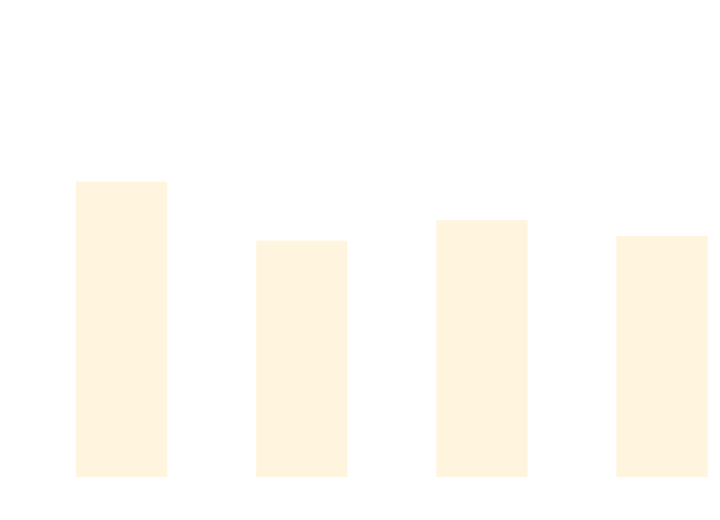
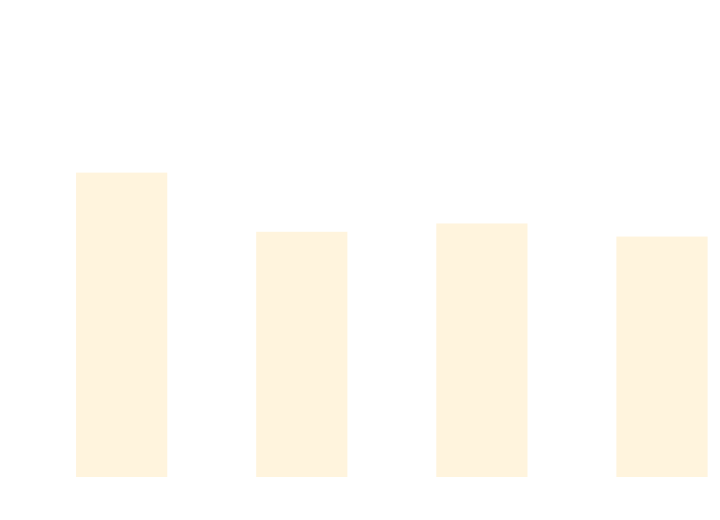
The diagram in docs/docs/benchmarks/BuildTime.md (thomhurst/TUnit), drawn with Mermaid before and after one commit. The commit also changed other lines of this file and 17 other files, not shown here.

````diff
--- a/docs/docs/benchmarks/BuildTime.md
+++ b/docs/docs/benchmarks/BuildTime.md
@@ -28,37 +28,37 @@
 ```mermaid
 %%{init: {
   'theme':'base',
   'themeVariables': {
     'primaryColor': '#2563eb',
     'primaryTextColor': '#ffffff',
     'primaryBorderColor': '#1e40af',
     'lineColor': '#6b7280',
     'secondaryColor': '#7c3aed',
     'tertiaryColor': '#dc2626',
     'background': '#ffffff',
     'mainBkg': '#2563eb',
     'secondBkg': '#7c3aed',
     'tertiaryBkg': '#dc2626',
     'clusterBkg': '#f3f4f6',
     'edgeLabelBackground': '#ffffff',
     'tertiaryTextColor': '#1f2937',
     'pie1': '#2563eb',
     'pie2': '#7c3aed',
     'pie3': '#dc2626',
     'pie4': '#f59e0b',
     'pie5': '#10b981',
     'pie6': '#06b6d4',
     'pie7': '#ec4899',
     'pie8': '#6366f1',
     'pie9': '#84cc16',
     'pie10': '#f97316',
     'pie11': '#14b8a6',
     'pie12': '#a855f7'
   }
 }}%%
 xychart-beta
   title "Build Time Comparison"
   x-axis ["Build_TUnit", "Build_NUnit", "Build_MSTest", "Build_xUnit3"]
   y-axis "Time (s)" 0 --> 3
-  bar [2.108, 1.675, 1.825, 1.71]
+  bar [2.174, 1.74, 1.801, 1.705]
 ```
````
